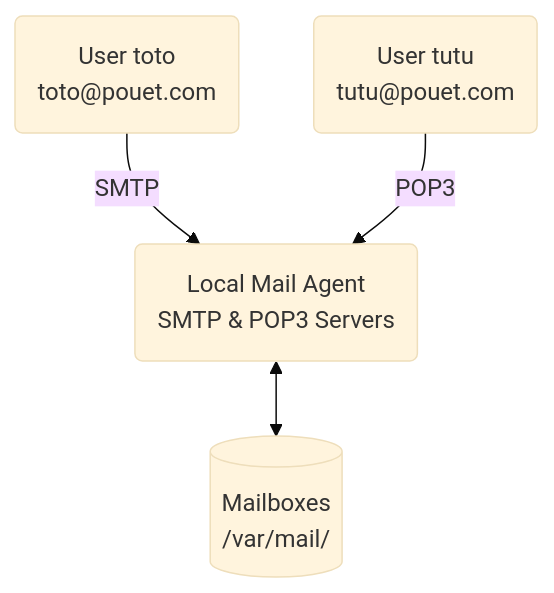
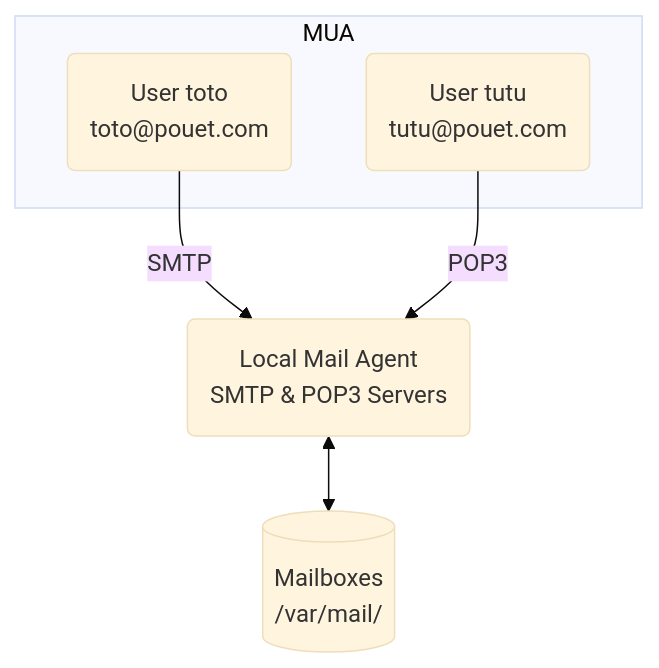
One commit to orel33/local-mail-agent changed the diagram in README.md. Above: the diagram before and after it, drawn with Mermaid (base theme). The commit also changed other lines of this file, not shown here.

````diff
--- a/README.md
+++ b/README.md
@@ -43,10 +43,12 @@
 ```mermaid
 flowchart TD;
-    MUA1("User toto\n toto@pouet.com");
-    MUA2("User tutu\n tutu@pouet.com");
+    subgraph MUA
+        MUA1("User toto\n toto@pouet.com");
+        MUA2("User tutu\n tutu@pouet.com");
+    end
     LMA("Local Mail Agent\n SMTP & POP3 Servers")
     MX[("Mailboxes\n /var/mail/")];
     MUA1 -- SMTP --> LMA;
     MUA2 -- POP3 --> LMA;
     LMA <--> MX;
 ```
````
